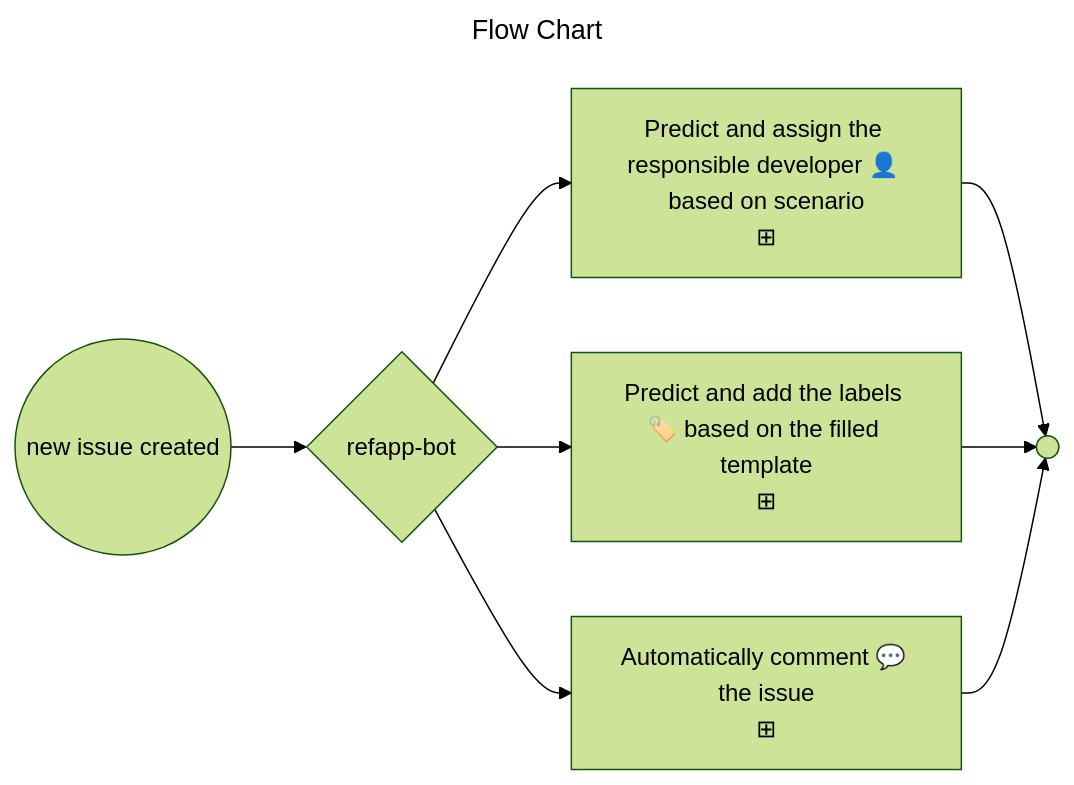
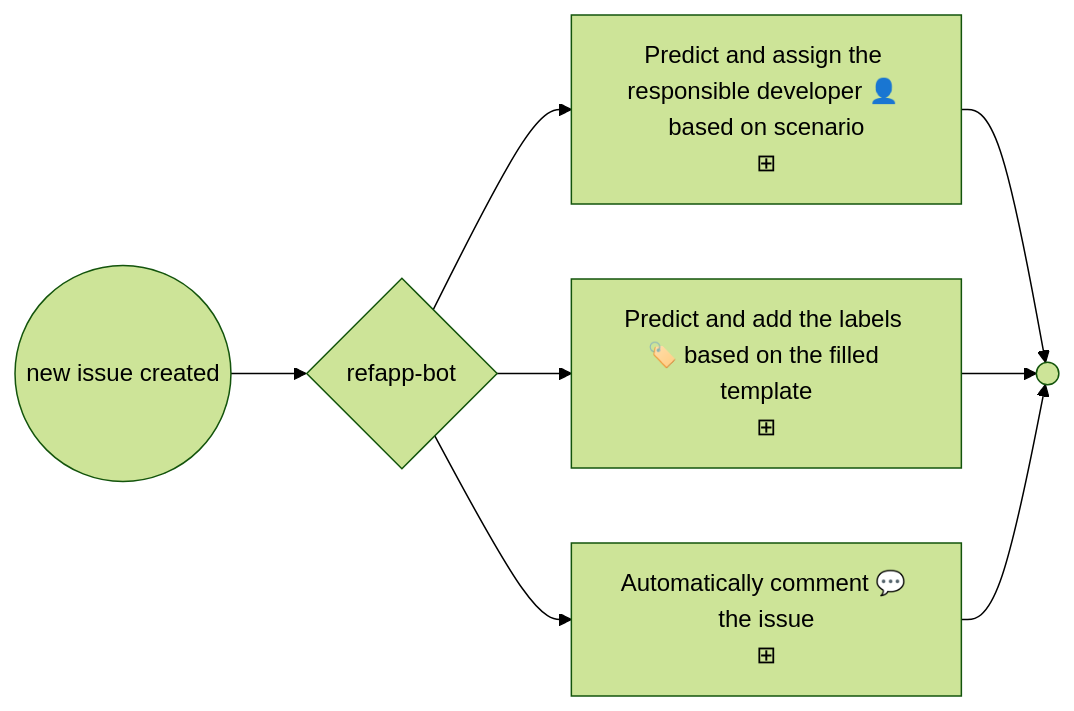
One commit to ejazsyed/validation-issue changed the diagram in README.md. Above: the diagram before and after it, drawn with Mermaid (forest theme).

Commit message:
issu-bot

````diff
--- a/README.md
+++ b/README.md
@@ -6,13 +6,13 @@
 ```mermaid
 ---
-title: Flow Chart
+title: 
 ---
 flowchart LR
     start((new issue created)) --> p1{refapp-bot}
     p1 --> assignee["Predict and assign the responsible developer 👤 based on scenario\n⊞"]
     p1 --> label["Predict and add the labels 🏷️ based on the filled template\n⊞"]
     p1 --> comment["Automatically comment 💬 the issue\n⊞"]
     assignee --> e1(( ))
     label --> e1
     comment --> e1
 ```
````
